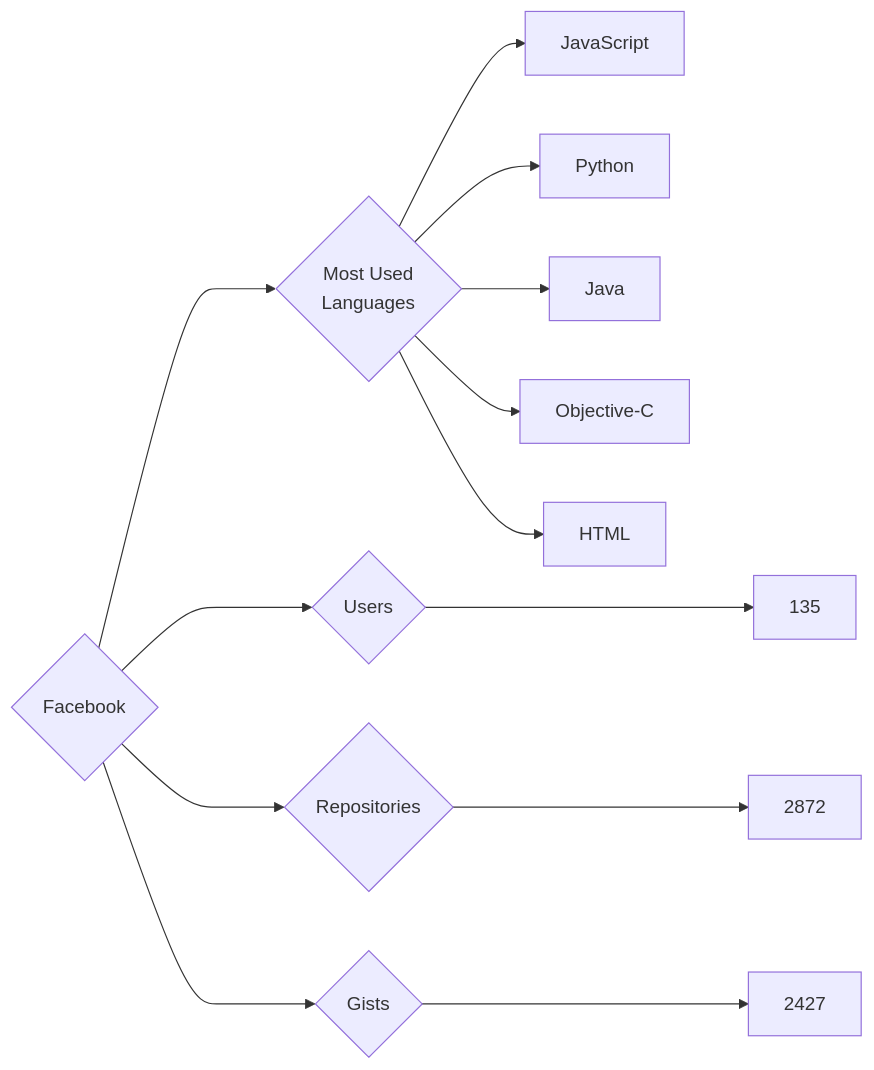
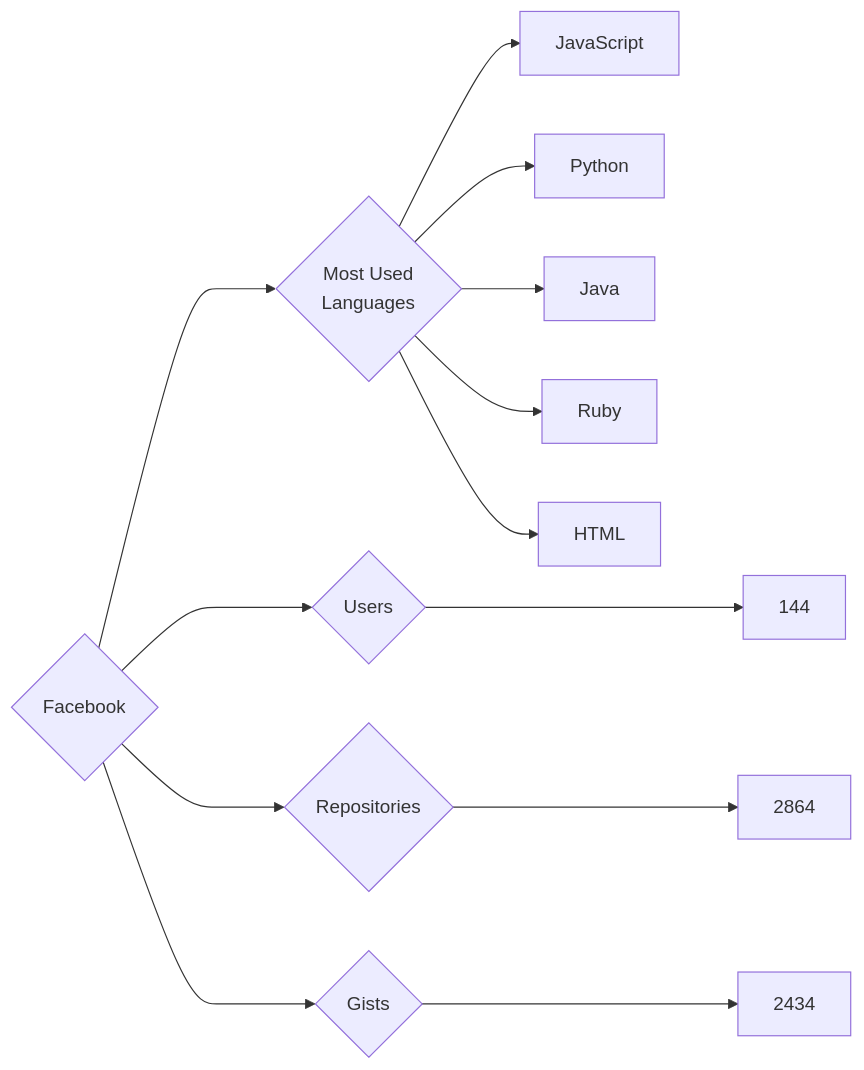
Before and after one commit to trickest/insiders: the diagram in targets/Facebook/README.md, drawn with Mermaid. The commit also changed 714 other files, not shown here.

````diff
--- a/targets/Facebook/README.md
+++ b/targets/Facebook/README.md
@@ -3,13 +3,13 @@
 ```mermaid
 graph LR
 COMPANY_NAME{Facebook}
-COMPANY_NAME ---> U{Users} ---> UN[135]
-COMPANY_NAME ---> R{Repositories} ---> RN[2872]
-COMPANY_NAME ---> G{Gists} ---> GN[2427]
+COMPANY_NAME ---> U{Users} ---> UN[144]
+COMPANY_NAME ---> R{Repositories} ---> RN[2864]
+COMPANY_NAME ---> G{Gists} ---> GN[2434]
 COMPANY_NAME ---> ML{Most Used<br>Languages}
 ML --> JavaScript[JavaScript]
 ML --> Python[Python]
 ML --> Java[Java]
-ML --> Objective-C[Objective-C]
+ML --> Ruby[Ruby]
 ML --> HTML[HTML]
 ```
````
